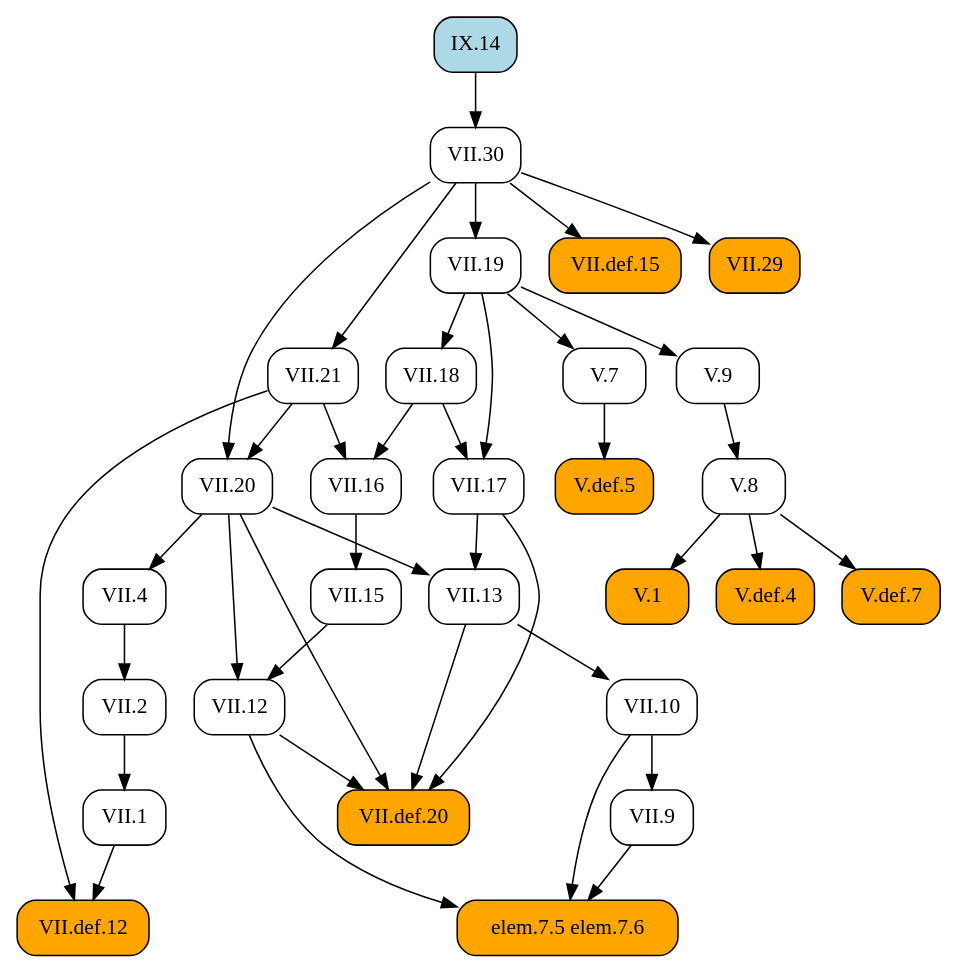
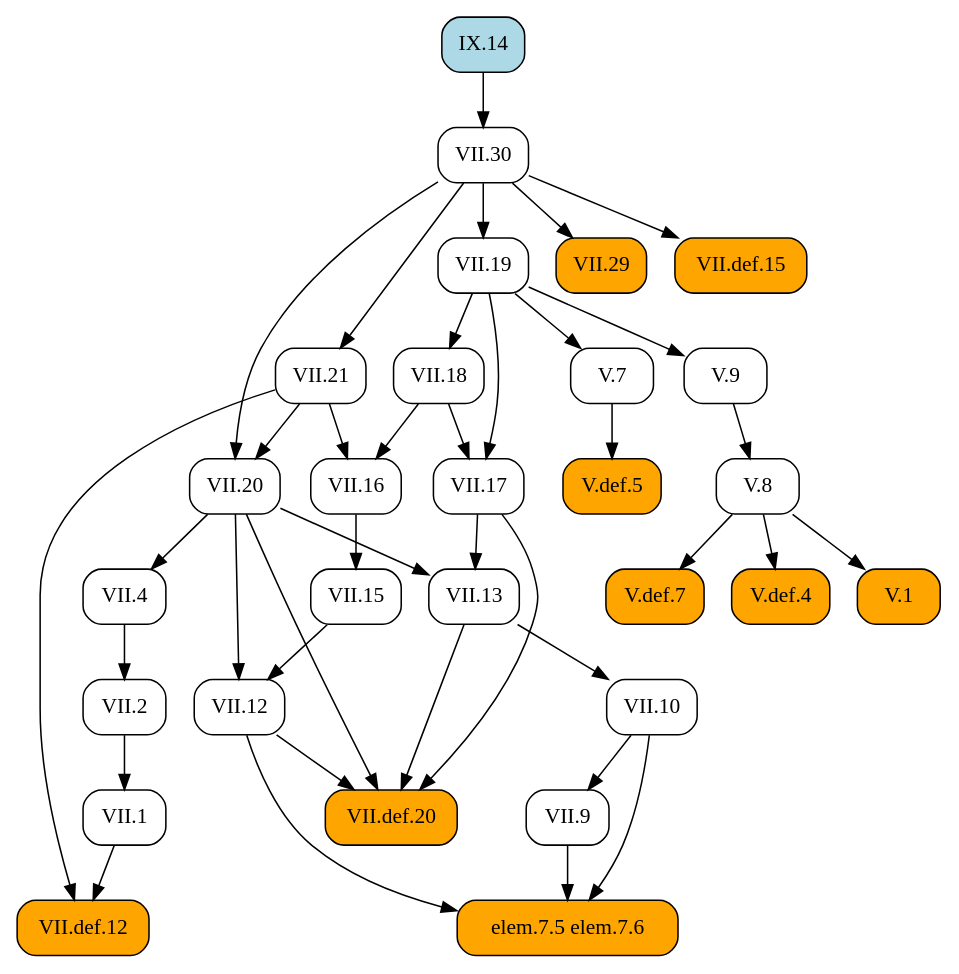
Before and after one commit to geometor/elements: the diagram in docsrc/heath/IX/14/index.rst, drawn with Graphviz. The commit also changed other lines of this file and 484 other files, not shown here.

```diff
--- a/docsrc/heath/IX/14/index.rst
+++ b/docsrc/heath/IX/14/index.rst
@@ -44,72 +44,72 @@
 .. graphviz::
 
    digraph {
      rankdir="TB";
      node [shape=box, style=rounded];
-     "VII.def.12" [style="rounded,filled", fillcolor=orange, URL="/heath/VII/def.12/", target="_top"];
-     "V.8" [URL="/heath/V/8/", target="_top"];
+     "VII.12" [URL="/heath/VII/12/", target="_top"];
+     "elem.7.5 elem.7.6" [style="rounded,filled", fillcolor=orange];
+     "V.def.7" [style="rounded,filled", fillcolor=orange, URL="/heath/V/def.7/", target="_top"];
+     "VII.30" [URL="/heath/VII/30/", target="_top"];
+     "VII.9" [URL="/heath/VII/9/", target="_top"];
+     "VII.18" [URL="/heath/VII/18/", target="_top"];
+     "VII.16" [URL="/heath/VII/16/", target="_top"];
+     "V.7" [URL="/heath/V/7/", target="_top"];
+     "VII.21" [URL="/heath/VII/21/", target="_top"];
+     "V.def.5" [style="rounded,filled", fillcolor=orange, URL="/heath/V/def.5/", target="_top"];
+     "V.def.4" [style="rounded,filled", fillcolor=orange, URL="/heath/V/def.4/", target="_top"];
+     "V.9" [URL="/heath/V/9/", target="_top"];
      "VII.1" [URL="/heath/VII/1/", target="_top"];
      "VII.10" [URL="/heath/VII/10/", target="_top"];
-     "VII.30" [URL="/heath/VII/30/", target="_top"];
-     "VII.9" [URL="/heath/VII/9/", target="_top"];
+     "V.8" [URL="/heath/V/8/", target="_top"];
+     "VII.13" [URL="/heath/VII/13/", target="_top"];
+     "VII.4" [URL="/heath/VII/4/", target="_top"];
+     "VII.def.12" [style="rounded,filled", fillcolor=orange, URL="/heath/VII/def.12/", target="_top"];
+     "VII.20" [URL="/heath/VII/20/", target="_top"];
+     "V.1" [style="rounded,filled", fillcolor=orange, URL="/heath/V/1/", target="_top"];
+     "VII.29" [style="rounded,filled", fillcolor=orange, URL="/heath/VII/29/", target="_top"];
      "VII.def.15" [style="rounded,filled", fillcolor=orange, URL="/heath/VII/def.15/", target="_top"];
-     "V.def.5" [style="rounded,filled", fillcolor=orange, URL="/heath/V/def.5/", target="_top"];
+     "IX.14" [style="rounded,filled", fillcolor=lightblue, URL="/heath/IX/14/", target="_top"];
+     "VII.17" [URL="/heath/VII/17/", target="_top"];
      "VII.19" [URL="/heath/VII/19/", target="_top"];
-     "VII.18" [URL="/heath/VII/18/", target="_top"];
-     "VII.29" [style="rounded,filled", fillcolor=orange, URL="/heath/VII/29/", target="_top"];
-     "VII.16" [URL="/heath/VII/16/", target="_top"];
-     "IX.14" [style="rounded,filled", fillcolor=lightblue, URL="/heath/IX/14/", target="_top"];
-     "VII.4" [URL="/heath/VII/4/", target="_top"];
-     "VII.21" [URL="/heath/VII/21/", target="_top"];
-     "V.1" [style="rounded,filled", fillcolor=orange, URL="/heath/V/1/", target="_top"];
-     "VII.17" [URL="/heath/VII/17/", target="_top"];
-     "elem.7.5 elem.7.6" [style="rounded,filled", fillcolor=orange];
-     "VII.20" [URL="/heath/VII/20/", target="_top"];
-     "V.7" [URL="/heath/V/7/", target="_top"];
-     "V.9" [URL="/heath/V/9/", target="_top"];
-     "V.def.4" [style="rounded,filled", fillcolor=orange, URL="/heath/V/def.4/", target="_top"];
-     "VII.13" [URL="/heath/VII/13/", target="_top"];
      "VII.2" [URL="/heath/VII/2/", target="_top"];
-     "V.def.7" [style="rounded,filled", fillcolor=orange, URL="/heath/V/def.7/", target="_top"];
-     "VII.12" [URL="/heath/VII/12/", target="_top"];
+     "VII.def.20" [style="rounded,filled", fillcolor=orange, URL="/heath/VII/def.20/", target="_top"];
      "VII.15" [URL="/heath/VII/15/", target="_top"];
-     "VII.def.20" [style="rounded,filled", fillcolor=orange, URL="/heath/VII/def.20/", target="_top"];
-     "VII.1" -> "VII.def.12";
-     "VII.21" -> "VII.def.12";
-     "V.9" -> "V.8";
-     "VII.2" -> "VII.1";
-     "VII.13" -> "VII.10";
-     "IX.14" -> "VII.30";
-     "VII.10" -> "VII.9";
-     "VII.30" -> "VII.def.15";
-     "V.7" -> "V.def.5";
-     "VII.30" -> "VII.19";
-     "VII.19" -> "VII.18";
-     "VII.30" -> "VII.29";
-     "VII.18" -> "VII.16";
-     "VII.21" -> "VII.16";
-     "VII.20" -> "VII.4";
-     "VII.30" -> "VII.21";
-     "V.8" -> "V.1";
-     "VII.18" -> "VII.17";
-     "VII.19" -> "VII.17";
+     "VII.15" -> "VII.12";
+     "VII.20" -> "VII.12";
      "VII.9" -> "elem.7.5 elem.7.6";
      "VII.10" -> "elem.7.5 elem.7.6";
      "VII.12" -> "elem.7.5 elem.7.6";
+     "V.8" -> "V.def.7";
+     "IX.14" -> "VII.30";
+     "VII.10" -> "VII.9";
+     "VII.19" -> "VII.18";
+     "VII.18" -> "VII.16";
+     "VII.21" -> "VII.16";
+     "VII.19" -> "V.7";
+     "VII.30" -> "VII.21";
+     "V.7" -> "V.def.5";
+     "V.8" -> "V.def.4";
+     "VII.19" -> "V.9";
+     "VII.2" -> "VII.1";
+     "VII.13" -> "VII.10";
+     "V.9" -> "V.8";
+     "VII.17" -> "VII.13";
+     "VII.20" -> "VII.13";
+     "VII.20" -> "VII.4";
+     "VII.1" -> "VII.def.12";
+     "VII.21" -> "VII.def.12";
      "VII.21" -> "VII.20";
      "VII.30" -> "VII.20";
-     "VII.19" -> "V.7";
-     "VII.19" -> "V.9";
-     "V.8" -> "V.def.4";
-     "VII.17" -> "VII.13";
-     "VII.20" -> "VII.13";
+     "V.8" -> "V.1";
+     "VII.30" -> "VII.29";
+     "VII.30" -> "VII.def.15";
+     "VII.18" -> "VII.17";
+     "VII.19" -> "VII.17";
+     "VII.30" -> "VII.19";
      "VII.4" -> "VII.2";
-     "V.8" -> "V.def.7";
-     "VII.15" -> "VII.12";
-     "VII.20" -> "VII.12";
-     "VII.16" -> "VII.15";
      "VII.12" -> "VII.def.20";
      "VII.13" -> "VII.def.20";
      "VII.17" -> "VII.def.20";
      "VII.20" -> "VII.def.20";
+     "VII.16" -> "VII.15";
    }
```
